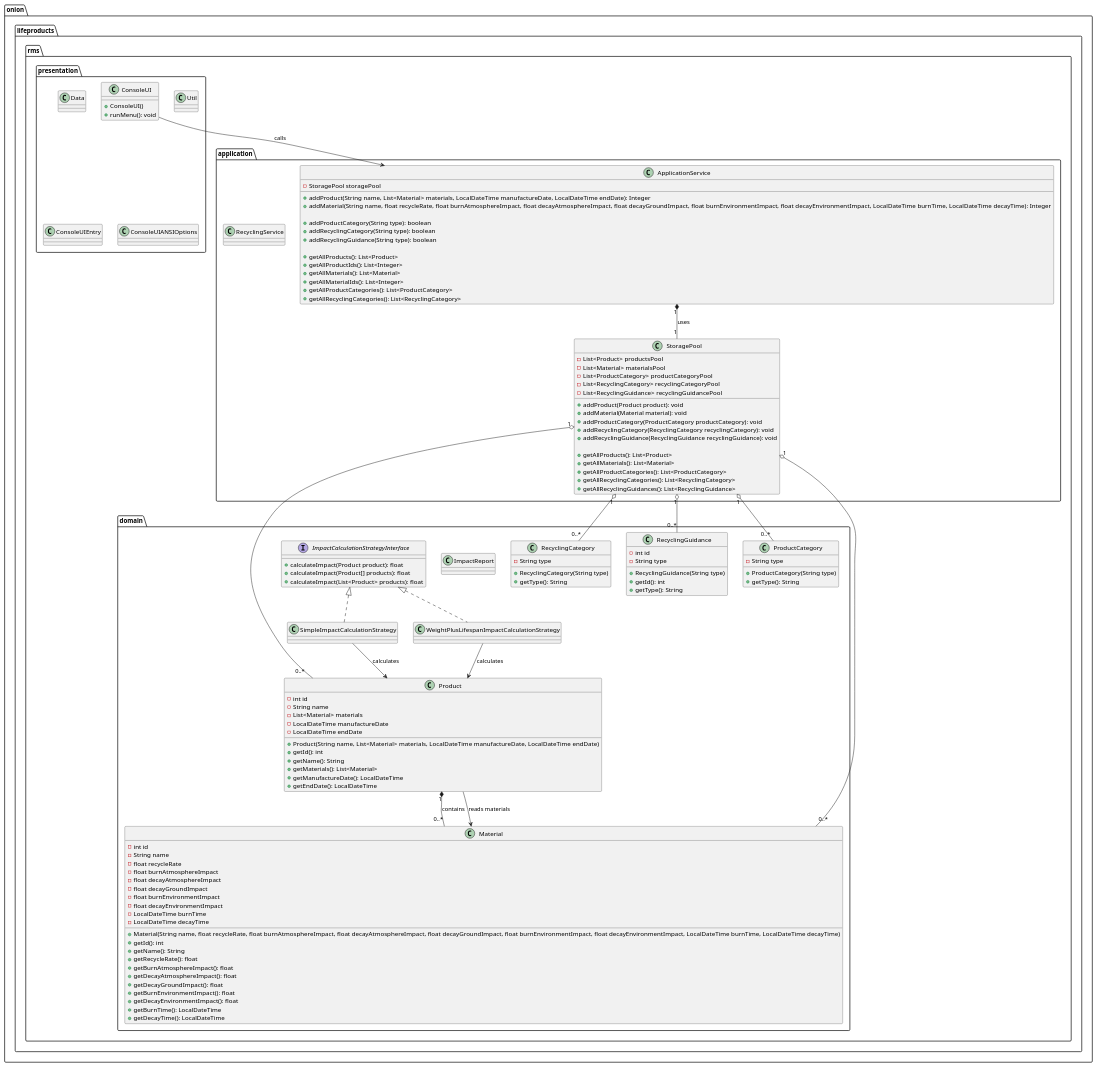
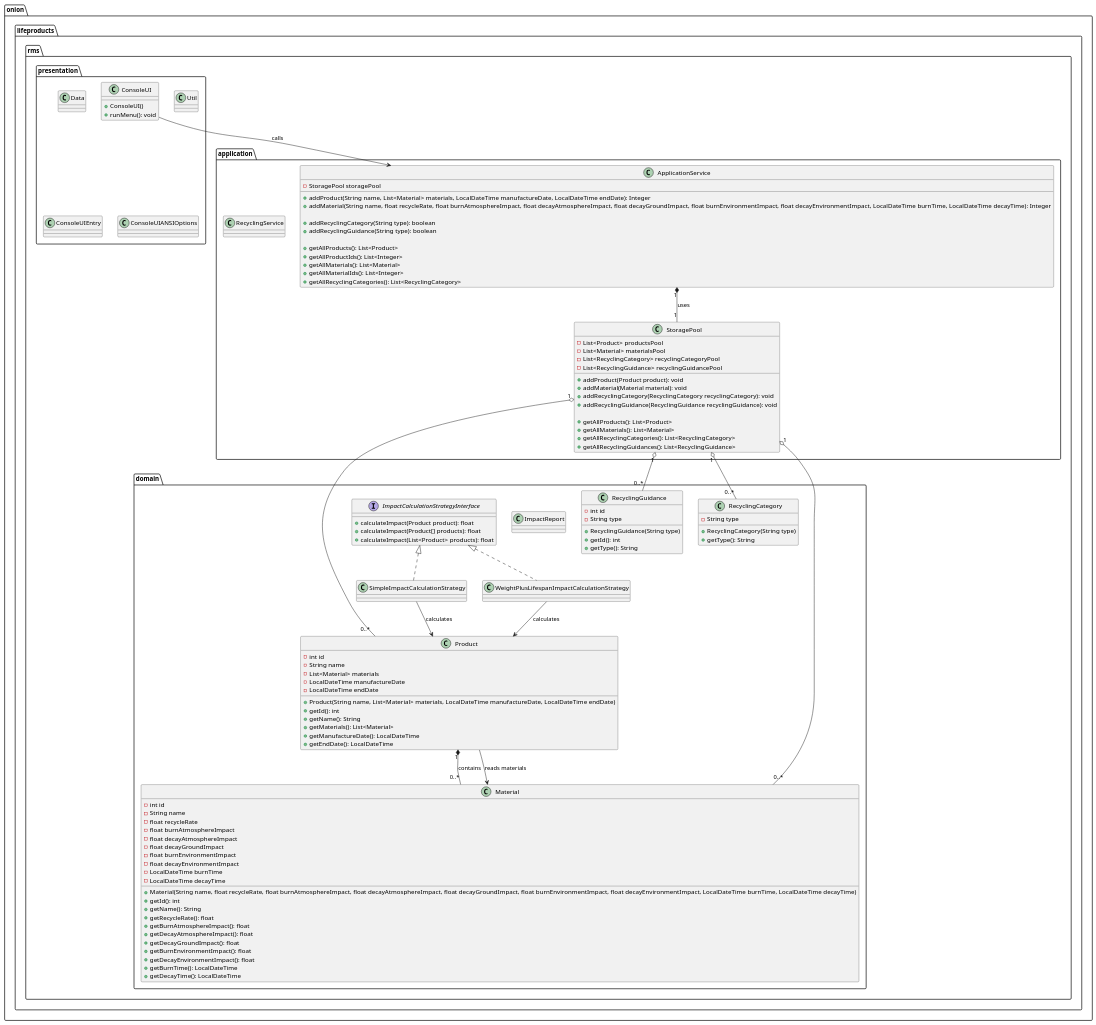
The diagram in docs/UML.puml (arrow-function-hkr/ood-project), drawn with PlantUML before and after one commit. The commit also changed 3 other files, not shown here.

Commit message:
refactor(domain): remove product category

```diff
--- a/docs/UML.puml
+++ b/docs/UML.puml
@@ -1,155 +1,143 @@
 @startuml
 
 package onion.lifeproducts.rms {
 
     package presentation {
 
         class ConsoleUI {
             + ConsoleUI()
             + runMenu(): void
         }
 
         class Data
         class Util
         class ConsoleUIEntry
         class ConsoleUIANSIOptions
     }
 
     package application {
 
         class ApplicationService {
             - StoragePool storagePool
 
             + addProduct(String name, List<Material> materials, LocalDateTime manufactureDate, LocalDateTime endDate): Integer
             + addMaterial(String name, float recycleRate, float burnAtmosphereImpact, float decayAtmosphereImpact, float decayGroundImpact, float burnEnvironmentImpact, float decayEnvironmentImpact, LocalDateTime burnTime, LocalDateTime decayTime): Integer
 
-            + addProductCategory(String type): boolean
             + addRecyclingCategory(String type): boolean
             + addRecyclingGuidance(String type): boolean
 
             + getAllProducts(): List<Product>
             + getAllProductIds(): List<Integer>
             + getAllMaterials(): List<Material>
             + getAllMaterialIds(): List<Integer>
-            + getAllProductCategories(): List<ProductCategory>
             + getAllRecyclingCategories(): List<RecyclingCategory>
         }
 
         class StoragePool {
             - List<Product> productsPool
             - List<Material> materialsPool
-            - List<ProductCategory> productCategoryPool
             - List<RecyclingCategory> recyclingCategoryPool
             - List<RecyclingGuidance> recyclingGuidancePool
 
             + addProduct(Product product): void
             + addMaterial(Material material): void
-            + addProductCategory(ProductCategory productCategory): void
             + addRecyclingCategory(RecyclingCategory recyclingCategory): void
             + addRecyclingGuidance(RecyclingGuidance recyclingGuidance): void
 
             + getAllProducts(): List<Product>
             + getAllMaterials(): List<Material>
-            + getAllProductCategories(): List<ProductCategory>
             + getAllRecyclingCategories(): List<RecyclingCategory>
             + getAllRecyclingGuidances(): List<RecyclingGuidance>
         }
 
         class RecyclingService
     }
 
     package domain {
 
         class Product {
             - int id
             - String name
             - List<Material> materials
             - LocalDateTime manufactureDate
             - LocalDateTime endDate
 
             + Product(String name, List<Material> materials, LocalDateTime manufactureDate, LocalDateTime endDate)
             + getId(): int
             + getName(): String
             + getMaterials(): List<Material>
             + getManufactureDate(): LocalDateTime
             + getEndDate(): LocalDateTime
         }
 
         class Material {
             - int id
             - String name
             - float recycleRate
             - float burnAtmosphereImpact
             - float decayAtmosphereImpact
             - float decayGroundImpact
             - float burnEnvironmentImpact
             - float decayEnvironmentImpact
             - LocalDateTime burnTime
             - LocalDateTime decayTime
 
             + Material(String name, float recycleRate, float burnAtmosphereImpact, float decayAtmosphereImpact, float decayGroundImpact, float burnEnvironmentImpact, float decayEnvironmentImpact, LocalDateTime burnTime, LocalDateTime decayTime)
             + getId(): int
             + getName(): String
             + getRecycleRate(): float
             + getBurnAtmosphereImpact(): float
             + getDecayAtmosphereImpact(): float
             + getDecayGroundImpact(): float
             + getBurnEnvironmentImpact(): float
             + getDecayEnvironmentImpact(): float
             + getBurnTime(): LocalDateTime
             + getDecayTime(): LocalDateTime
         }
 
-        class ProductCategory {
-            - String type
-            + ProductCategory(String type)
-            + getType(): String
-        }
-
         class RecyclingCategory {
             - String type
             + RecyclingCategory(String type)
             + getType(): String
         }
 
         class RecyclingGuidance {
             - int id
             - String type
             + RecyclingGuidance(String type)
             + getId(): int
             + getType(): String
         }
 
         class ImpactReport
 
         interface ImpactCalculationStrategyInterface {
             + calculateImpact(Product product): float
             + calculateImpact(Product[] products): float
             + calculateImpact(List<Product> products): float
         }
 
         class SimpleImpactCalculationStrategy
         class WeightPlusLifespanImpactCalculationStrategy
     }
 }
 
 Product "1" *-- "0..*" Material : contains
 
 StoragePool "1" o-- "0..*" Product
 StoragePool "1" o-- "0..*" Material
-StoragePool "1" o-- "0..*" ProductCategory
 StoragePool "1" o-- "0..*" RecyclingCategory
 StoragePool "1" o-- "0..*" RecyclingGuidance
 
 ApplicationService "1" *-- "1" StoragePool : uses
 ConsoleUI --> ApplicationService : calls
 
 ImpactCalculationStrategyInterface <|.. SimpleImpactCalculationStrategy
 ImpactCalculationStrategyInterface <|.. WeightPlusLifespanImpactCalculationStrategy
 
 SimpleImpactCalculationStrategy --> Product : calculates
 WeightPlusLifespanImpactCalculationStrategy --> Product : calculates
 
 Product --> Material : reads materials
 
 @enduml
```
